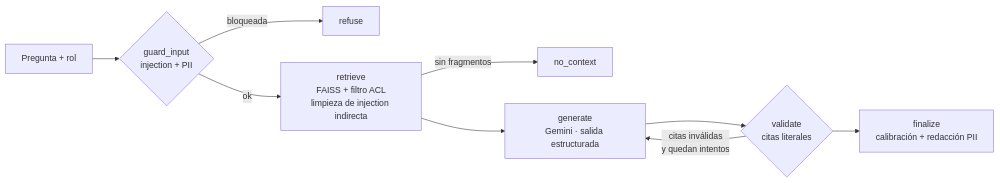
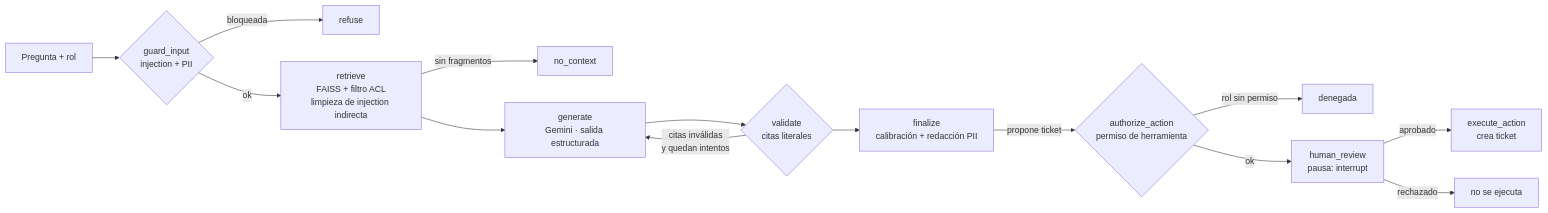
The diagram in README.md (romati2420/docguard-rag), drawn with Mermaid before and after one commit. The commit also changed other lines of this file and 17 other files, not shown here.

````diff
--- a/README.md
+++ b/README.md
@@ -9,11 +11,16 @@
 ```mermaid
 flowchart LR
     Q[Pregunta + rol] --> G{guard_input<br/>injection + PII}
     G -- bloqueada --> R[refuse]
     G -- ok --> RET[retrieve<br/>FAISS + filtro ACL<br/>limpieza de injection indirecta]
     RET -- sin fragmentos --> NC[no_context]
     RET --> GEN[generate<br/>Gemini · salida estructurada]
     GEN --> V{validate<br/>citas literales}
     V -- citas inválidas<br/>y quedan intentos --> GEN
     V --> F[finalize<br/>calibración + redacción PII]
+    F -- propone ticket --> A{authorize_action<br/>permiso de herramienta}
+    A -- rol sin permiso --> X[denegada]
+    A -- ok --> H[human_review<br/>pausa: interrupt]
+    H -- aprobado --> E[execute_action<br/>crea ticket]
+    H -- rechazado --> RJ[no se ejecuta]
 ```
````
